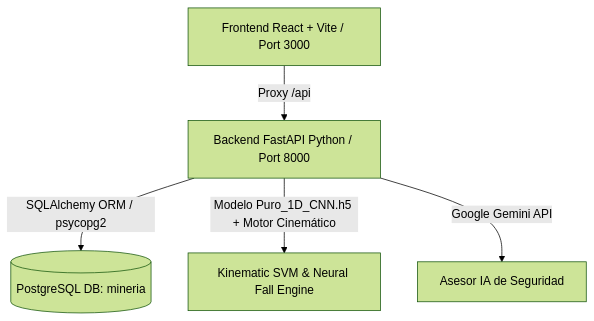
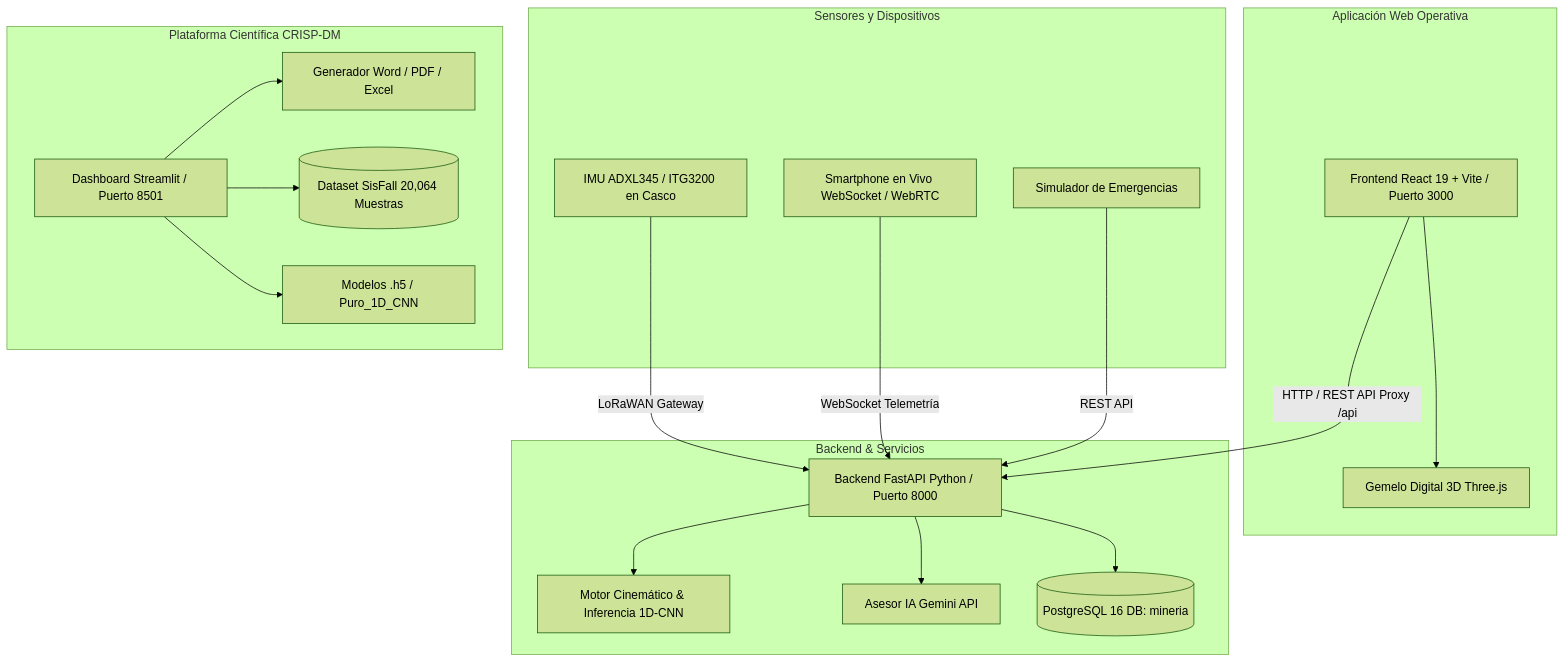
One commit to tato09salm/m-10_-sistema-inteligente-de-seguridad-para-miner-a-artesanal changed the diagram in README.md. Above: the diagram before and after it, drawn with Mermaid (forest theme). The commit also changed other lines of this file and 26 other files, not shown here.

````diff
--- a/README.md
+++ b/README.md
@@ -102,7 +235,39 @@
 ```mermaid
 graph TD
-    Client[Frontend React + Vite / Port 3000] -->|Proxy /api| FastAPI[Backend FastAPI Python / Port 8000]
-    FastAPI -->|SQLAlchemy ORM / psycopg2| Postgres[(PostgreSQL DB: mineria)]
-    FastAPI -->|Modelo Puro_1D_CNN.h5 + Motor Cinemático| MLEngine[Kinematic SVM & Neural Fall Engine]
-    FastAPI -->|Google Gemini API| AIAdvisor[Asesor IA de Seguridad]
+    subgraph Sensores y Dispositivos
+        Sens1[IMU ADXL345 / ITG3200 en Casco]
+        Sens2[Smartphone en Vivo WebSocket / WebRTC]
+        SimSens[Simulador de Emergencias]
+    end
+
+    subgraph Aplicación Web Operativa
+        ReactApp[Frontend React 19 + Vite / Puerto 3000]
+        Three3D[Gemelo Digital 3D Three.js]
+        ReactApp --> Three3D
+    end
+
+    subgraph Backend & Servicios
+        FastAPI[Backend FastAPI Python / Puerto 8000]
+        MLEngine[Motor Cinemático & Inferencia 1D-CNN]
+        AIAdvisor[Asesor IA Gemini API]
+        Postgres[(PostgreSQL 16 DB: mineria)]
+        FastAPI --> MLEngine
+        FastAPI --> AIAdvisor
+        FastAPI --> Postgres
+    end
+
+    subgraph Plataforma Científica CRISP-DM
+        StreamlitApp[Dashboard Streamlit / Puerto 8501]
+        RepGen[Generador Word / PDF / Excel]
+        SisFallData[(Dataset SisFall 20,064 Muestras)]
+        SavedModels[Modelos .h5 / Puro_1D_CNN]
+        StreamlitApp --> RepGen
+        StreamlitApp --> SisFallData
+        StreamlitApp --> SavedModels
+    end
+
+    Sens1 -->|LoRaWAN Gateway| FastAPI
+    Sens2 -->|WebSocket Telemetría| FastAPI
+    SimSens -->|REST API| FastAPI
+    ReactApp -->|HTTP / REST API Proxy /api| FastAPI
 ```
````
